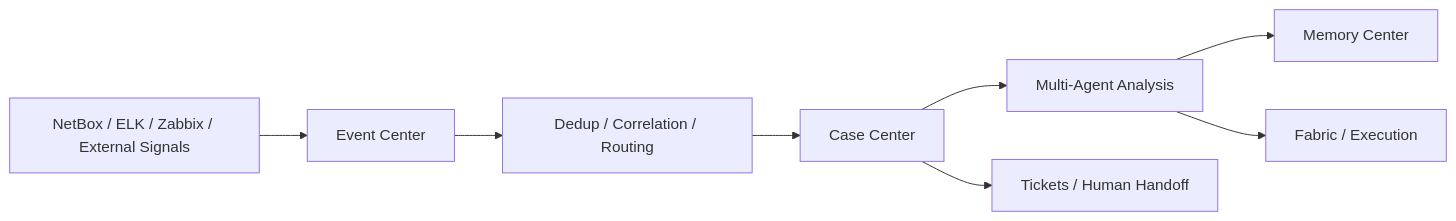
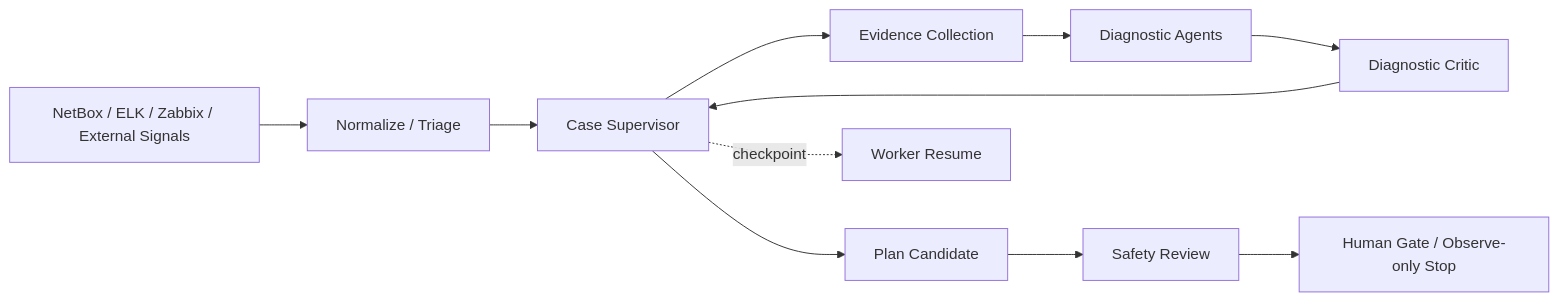
Before and after one commit to Jaycelu/agenticops: the diagram in README.md, drawn with Mermaid. The commit also changed other lines of this file and 9 other files, not shown here.

````diff
--- a/README.md
+++ b/README.md
@@ -94,10 +103,13 @@
 ```mermaid
 flowchart LR
-    A["NetBox / ELK / Zabbix / External Signals"] --> B["Event Center"]
-    B --> C["Dedup / Correlation / Routing"]
-    C --> D["Case Center"]
-    D --> E["Multi-Agent Analysis"]
-    E --> F["Memory Center"]
-    E --> G["Fabric / Execution"]
-    D --> H["Tickets / Human Handoff"]
+    A["NetBox / ELK / Zabbix / External Signals"] --> B["Normalize / Triage"]
+    B --> C["Case Supervisor"]
+    C --> D["Evidence Collection"]
+    D --> E["Diagnostic Agents"]
+    E --> F["Diagnostic Critic"]
+    F --> C
+    C --> G["Plan Candidate"]
+    G --> H["Safety Review"]
+    H --> I["Human Gate / Observe-only Stop"]
+    C -. checkpoint .-> J["Worker Resume"]
 ```
````
